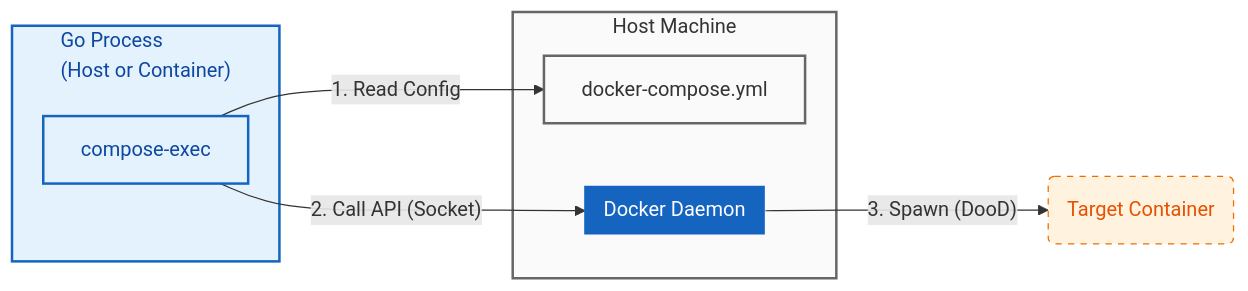
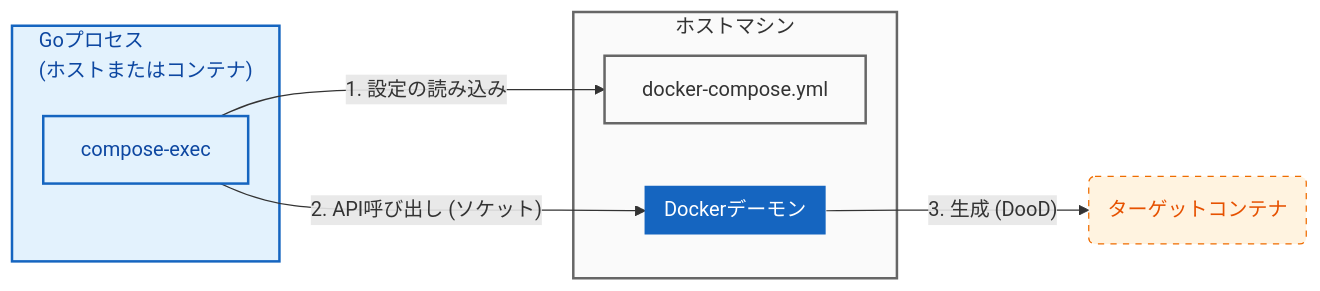
Before and after one commit to hnw/compose-exec: the diagram in README_ja.md, drawn with Mermaid. The commit also changed other lines of this file and 4 other files, not shown here.

````diff
--- a/README_ja.md
+++ b/README_ja.md
@@ -11,26 +11,26 @@
 ```mermaid
 graph LR
     classDef host fill:#fafafa,stroke:#666,stroke-width:2px,color:#333;
     classDef container fill:#e3f2fd,stroke:#1565c0,stroke-width:2px,color:#0d47a1;
     classDef daemon fill:#1565c0,stroke:#fff,stroke-width:0px,color:#fff;
     classDef target fill:#fff3e0,stroke:#ef6c00,stroke-dasharray: 5 5,color:#e65100;
 
-    subgraph Host ["Host Machine"]
+    subgraph Host ["ホストマシン"]
         File["docker-compose.yml"]:::host
-        Daemon[["Docker Daemon"]]:::daemon
+        Daemon[["Dockerデーモン"]]:::daemon
     end
 
-    subgraph Controller ["Go Process<br>(Host or Container)"]
+    subgraph Controller ["Goプロセス<br>(ホストまたはコンテナ)"]
         Lib["compose-exec"]:::container
     end
 
-    Target("Target Container"):::target
+    Target("ターゲットコンテナ"):::target
 
-    Lib -- "1. Read Config" --> File
-    Lib -- "2. Call API (Socket)" --> Daemon
-    Daemon -- "3. Spawn (DooD)" --> Target
+    Lib -- "1. 設定の読み込み" --> File
+    Lib -- "2. API呼び出し (ソケット)" --> Daemon
+    Daemon -- "3. 生成 (DooD)" --> Target
 
     class Host host;
     class Controller container;
 
 ```
````
